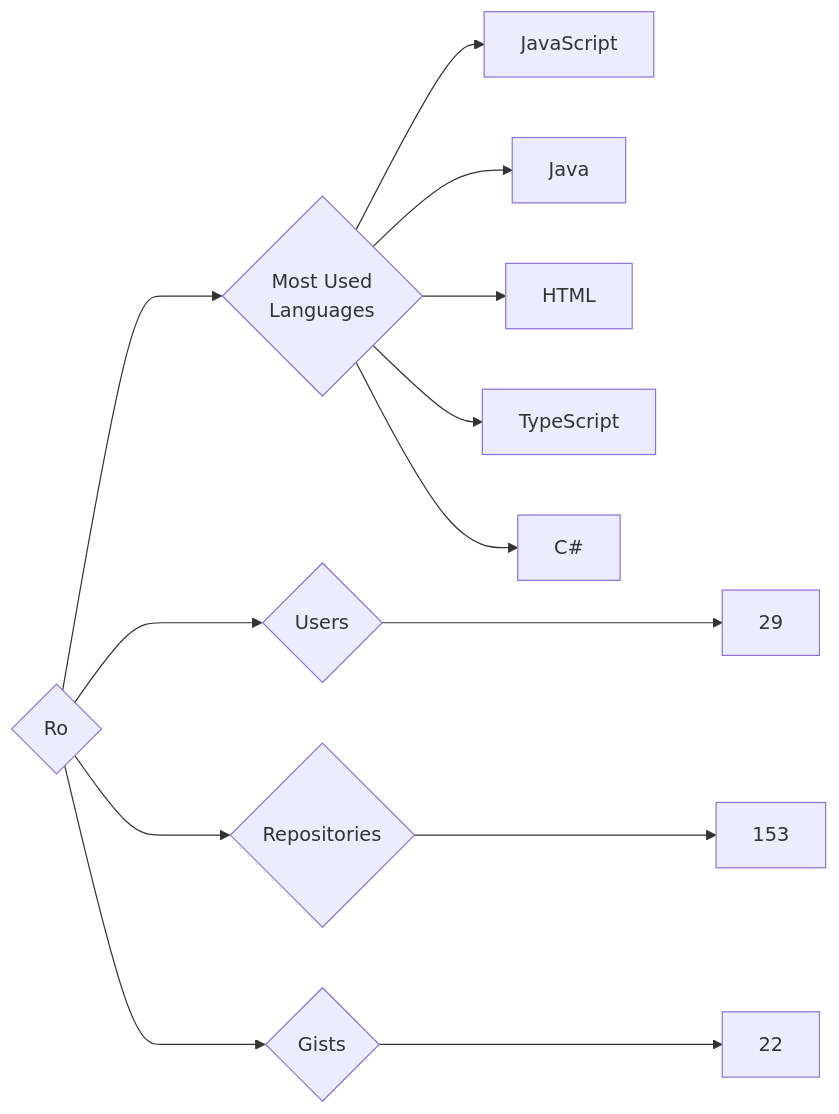
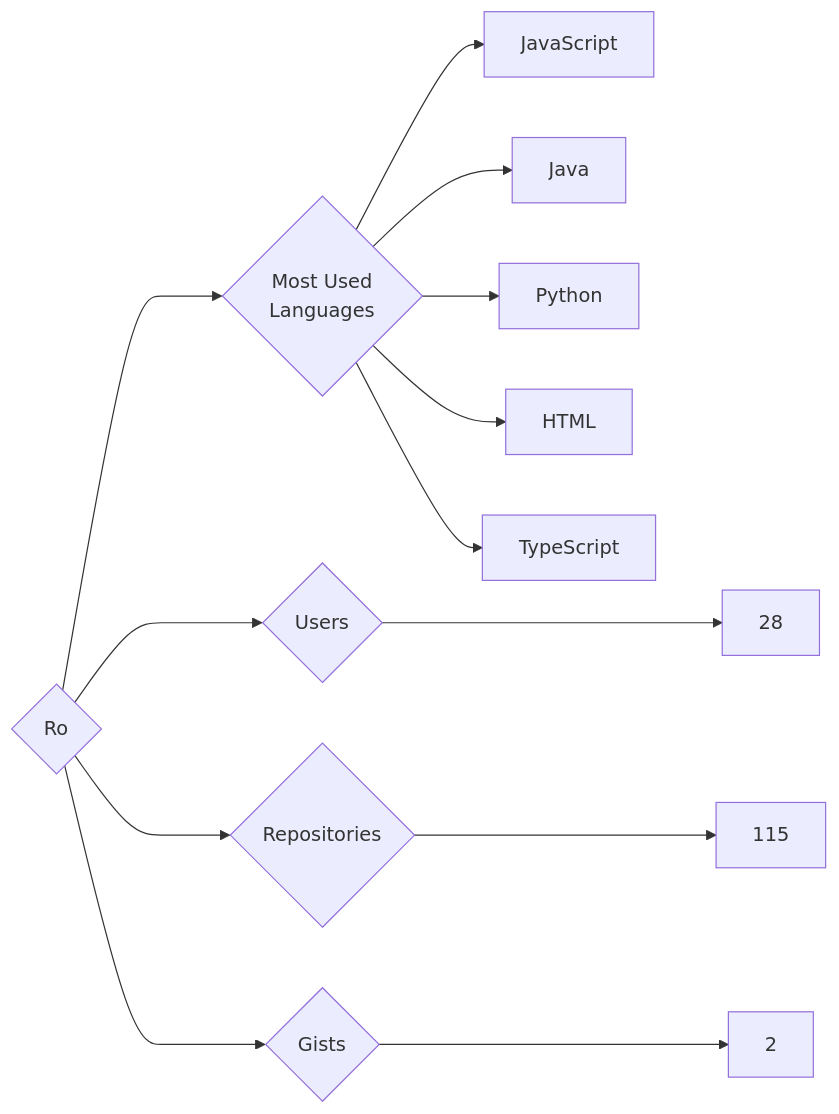
Before and after one commit to trickest/insiders: the diagram in targets/Ro/README.md, drawn with Mermaid. The commit also changed 765 other files, not shown here.

````diff
--- a/targets/Ro/README.md
+++ b/targets/Ro/README.md
@@ -3,13 +3,13 @@
 ```mermaid
 graph LR
 COMPANY_NAME{Ro}
-COMPANY_NAME ---> U{Users} ---> UN[29]
-COMPANY_NAME ---> R{Repositories} ---> RN[153]
-COMPANY_NAME ---> G{Gists} ---> GN[22]
+COMPANY_NAME ---> U{Users} ---> UN[28]
+COMPANY_NAME ---> R{Repositories} ---> RN[115]
+COMPANY_NAME ---> G{Gists} ---> GN[2]
 COMPANY_NAME ---> ML{Most Used<br>Languages}
 ML --> JavaScript[JavaScript]
 ML --> Java[Java]
+ML --> Python[Python]
 ML --> HTML[HTML]
 ML --> TypeScript[TypeScript]
-ML --> C#[C#]
 ```
````
